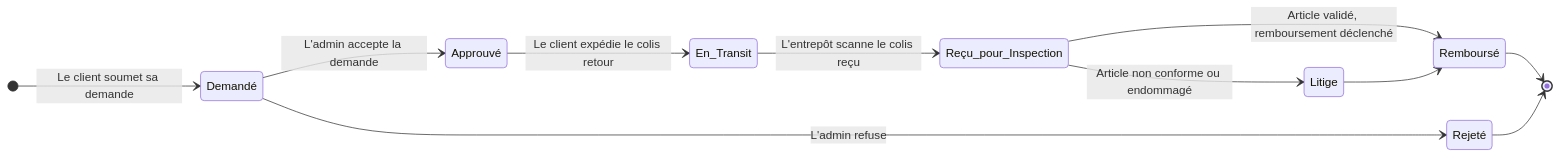
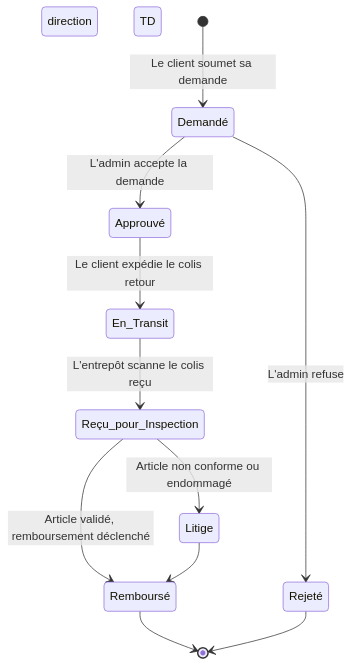
Before and after one commit to HarcheSamir/esisba-lirmm-ecommerce: the third of 6 diagrams in post-order.md, drawn with Mermaid.

````diff
--- a/post-order.md
+++ b/post-order.md
@@ -118,14 +118,14 @@
 ```mermaid
 stateDiagram-v2
-    direction LR
+    direction TD
     [*] --> Demandé: Le client soumet sa demande
     Demandé --> Approuvé: L'admin accepte la demande
     Demandé --> Rejeté: L'admin refuse
     Approuvé --> En_Transit: Le client expédie le colis retour
     En_Transit --> Reçu_pour_Inspection: L'entrepôt scanne le colis reçu
     Reçu_pour_Inspection --> Remboursé: Article validé, remboursement déclenché
     Reçu_pour_Inspection --> Litige: Article non conforme ou endommagé
     Litige --> Remboursé
     Remboursé --> [*]
     Rejeté --> [*]
 ```
````
